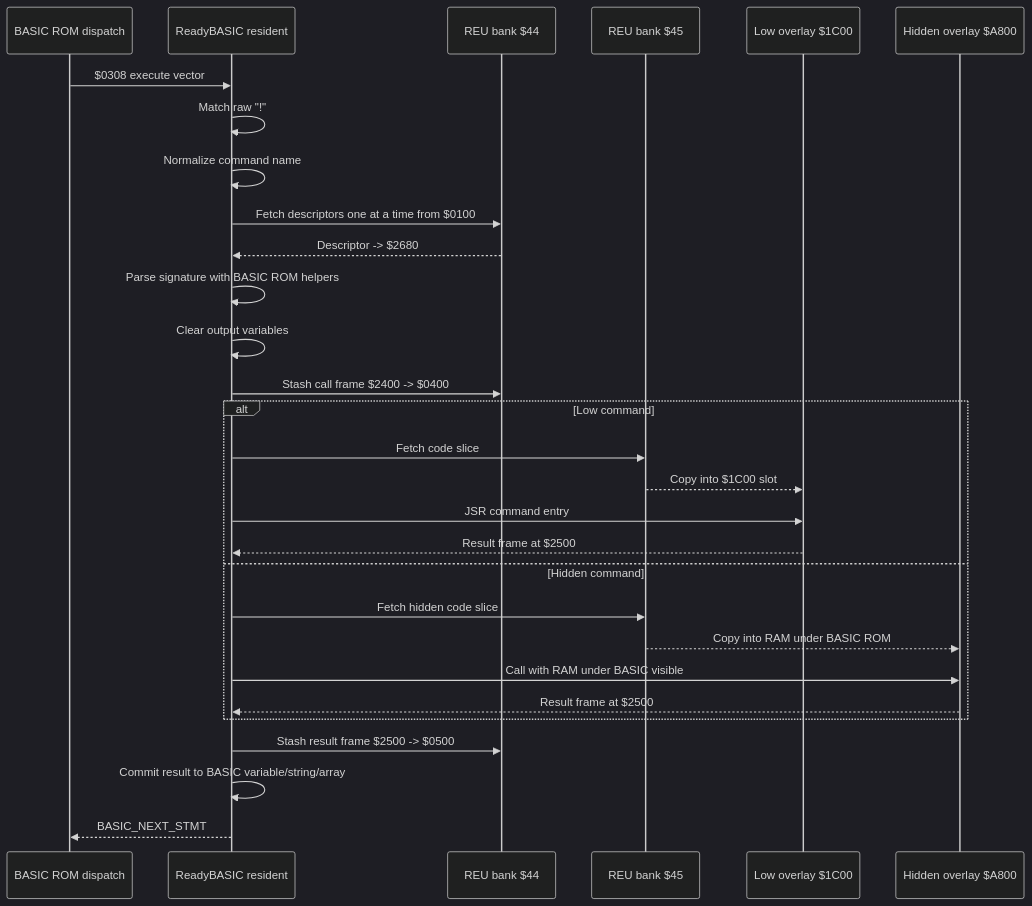
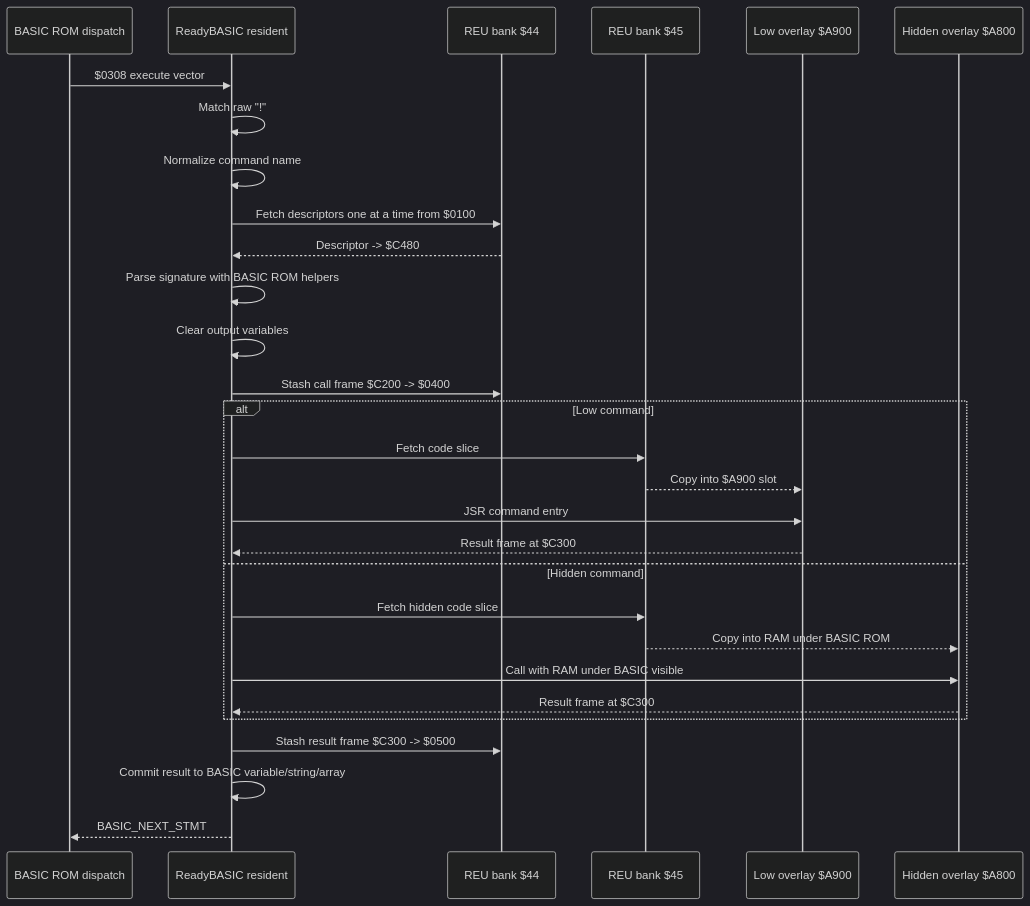
The seventh of 8 diagrams in src/apps/readybasic/READYBASIC_LIFECYCLE_AND_REU_ARCHITECTURE.md (123Onetwothree123/6502), drawn with Mermaid (dark theme) before and after one commit. The commit also changed other lines of this file and 9 other files, not shown here.

````diff
--- a/src/apps/readybasic/READYBASIC_LIFECYCLE_AND_REU_ARCHITECTURE.md
+++ b/src/apps/readybasic/READYBASIC_LIFECYCLE_AND_REU_ARCHITECTURE.md
@@ -353,32 +355,32 @@
 ```mermaid
 sequenceDiagram
   participant BASIC as BASIC ROM dispatch
   participant RES as ReadyBASIC resident
   participant R44 as REU bank $44
   participant R45 as REU bank $45
-  participant LOW as Low overlay $1C00
+  participant LOW as Low overlay $A900
   participant HID as Hidden overlay $A800
 
   BASIC->>RES: $0308 execute vector
   RES->>RES: Match raw "!"
   RES->>RES: Normalize command name
   RES->>R44: Fetch descriptors one at a time from $0100
-  R44-->>RES: Descriptor -> $2680
+  R44-->>RES: Descriptor -> $C480
   RES->>RES: Parse signature with BASIC ROM helpers
   RES->>RES: Clear output variables
-  RES->>R44: Stash call frame $2400 -> $0400
+  RES->>R44: Stash call frame $C200 -> $0400
   alt Low command
     RES->>R45: Fetch code slice
-    R45-->>LOW: Copy into $1C00 slot
+    R45-->>LOW: Copy into $A900 slot
     RES->>LOW: JSR command entry
-    LOW-->>RES: Result frame at $2500
+    LOW-->>RES: Result frame at $C300
   else Hidden command
     RES->>R45: Fetch hidden code slice
     R45-->>HID: Copy into RAM under BASIC ROM
     RES->>HID: Call with RAM under BASIC visible
-    HID-->>RES: Result frame at $2500
+    HID-->>RES: Result frame at $C300
   end
-  RES->>R44: Stash result frame $2500 -> $0500
+  RES->>R44: Stash result frame $C300 -> $0500
   RES->>RES: Commit result to BASIC variable/string/array
   RES-->>BASIC: BASIC_NEXT_STMT
 ```
````
